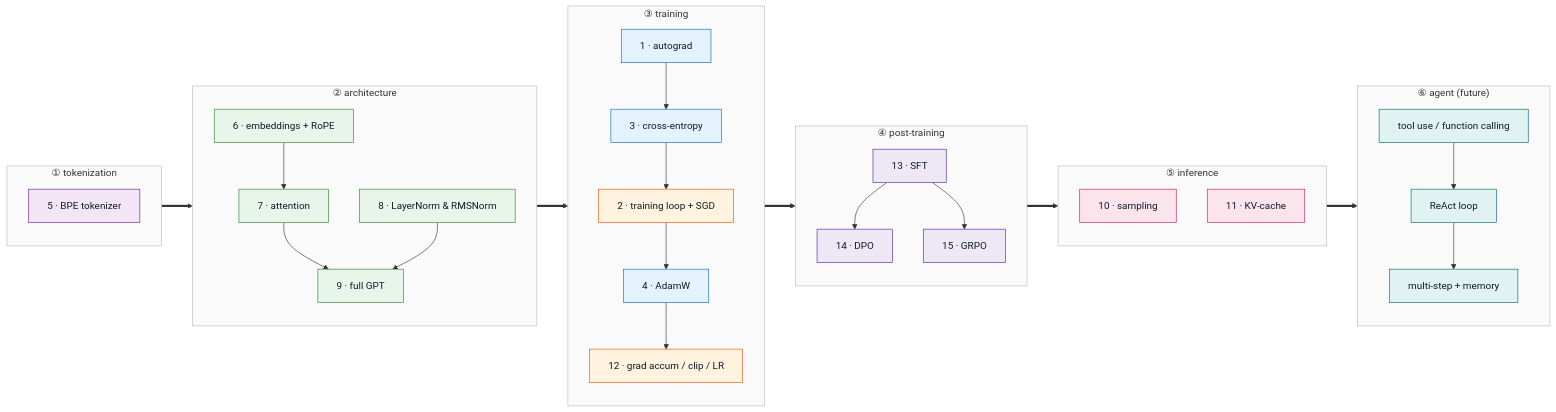
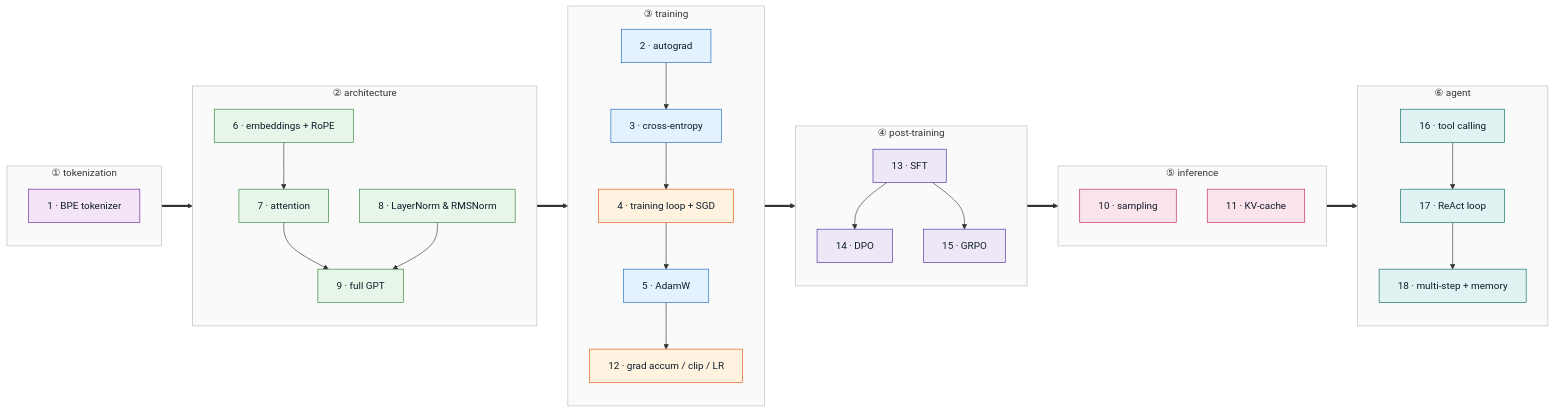
One commit to WeerayutBu/learning-llm-components changed the diagram in README.md. Above: the diagram before and after it, drawn with Mermaid. The commit also changed other lines of this file and 4 other files, not shown here.

````diff
--- a/README.md
+++ b/README.md
@@ -16,67 +16,67 @@
 ```mermaid
 flowchart LR
     subgraph TOKENIZE["① tokenization"]
         direction TB
-        M5[5 · BPE tokenizer]:::token
+        M1[1 · BPE tokenizer]:::token
     end
 
     subgraph ARCH["② architecture"]
         direction TB
         M6[6 · embeddings + RoPE]:::arch
         M8[8 · LayerNorm & RMSNorm]:::arch
         M7[7 · attention]:::arch
         M9[9 · full GPT]:::arch
         M6 --> M7 --> M9
         M8 --> M9
     end
 
     subgraph TRAIN["③ training"]
         direction TB
-        M1[1 · autograd]:::found
+        M2[2 · autograd]:::found
         M3[3 · cross-entropy]:::found
-        M2[2 · training loop + SGD]:::train
-        M4[4 · AdamW]:::found
+        M4[4 · training loop + SGD]:::train
+        M5[5 · AdamW]:::found
         M12[12 · grad accum / clip / LR]:::train
-        M1 --> M3 --> M2 --> M4 --> M12
+        M2 --> M3 --> M4 --> M5 --> M12
     end
 
     subgraph POST["④ post-training"]
         direction TB
         M13[13 · SFT]:::post
         M14[14 · DPO]:::post
         M15[15 · GRPO]:::post
         M13 --> M14
         M13 --> M15
     end
 
     subgraph INFER["⑤ inference"]
         direction TB
         M10[10 · sampling]:::infer
         M11[11 · KV-cache]:::infer
     end
 
-    subgraph AGENT["⑥ agent (future)"]
+    subgraph AGENT["⑥ agent"]
         direction TB
-        A1[tool use / function calling]:::agent
-        A2[ReAct loop]:::agent
-        A3[multi-step + memory]:::agent
-        A1 --> A2 --> A3
+        M16[16 · tool calling]:::agent
+        M17[17 · ReAct loop]:::agent
+        M18[18 · multi-step + memory]:::agent
+        M16 --> M17 --> M18
     end
 
     %% block-to-block flow
     TOKENIZE ==> ARCH ==> TRAIN ==> POST ==> INFER ==> AGENT
 
     classDef found fill:#e3f2fd,stroke:#1565c0,color:#0d1b2a
     classDef train fill:#fff3e0,stroke:#e65100,color:#0d1b2a
     classDef token fill:#f3e5f5,stroke:#6a1b9a,color:#0d1b2a
     classDef arch fill:#e8f5e9,stroke:#2e7d32,color:#0d1b2a
     classDef infer fill:#fce4ec,stroke:#c2185b,color:#0d1b2a
     classDef post fill:#ede7f6,stroke:#4527a0,color:#0d1b2a
     classDef agent fill:#e0f2f1,stroke:#00695c,color:#0d1b2a
     style TOKENIZE fill:#fafafa,stroke:#bbb,color:#333
     style ARCH fill:#fafafa,stroke:#bbb,color:#333
     style TRAIN fill:#fafafa,stroke:#bbb,color:#333
     style POST fill:#fafafa,stroke:#bbb,color:#333
     style INFER fill:#fafafa,stroke:#bbb,color:#333
     style AGENT fill:#fafafa,stroke:#bbb,color:#333
 ```
````
